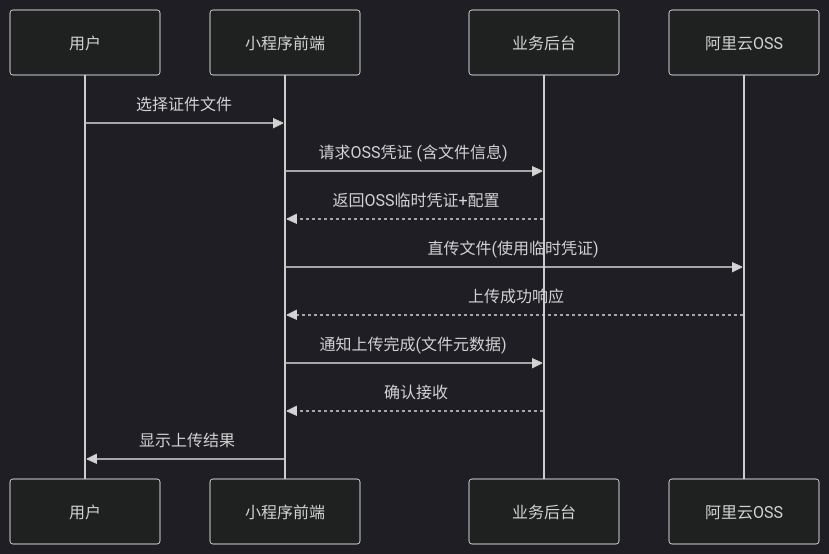
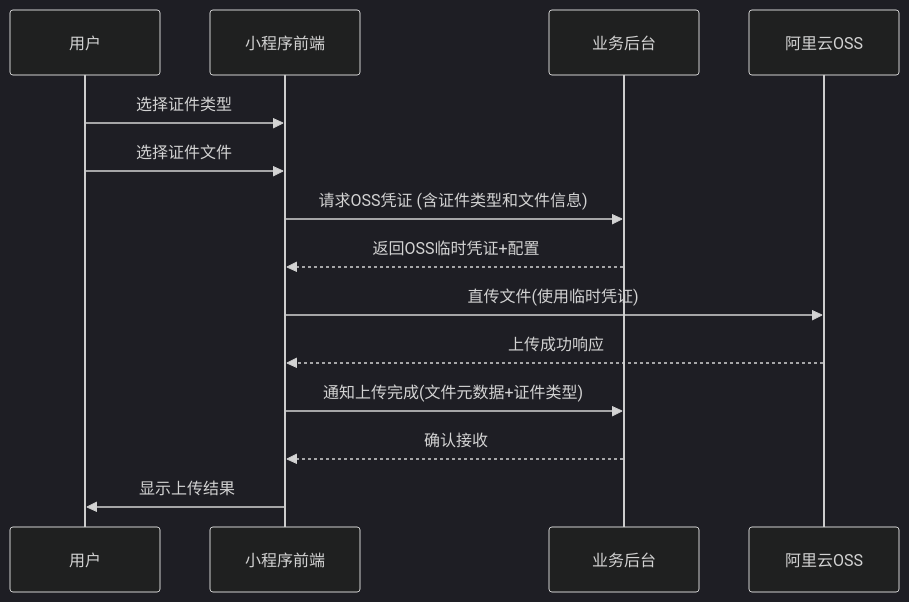
The diagram in 旭钦郢_证件上传_小程序_需求规格说明书.md (YiTang-0110/doc), drawn with Mermaid (dark theme) before and after one commit. The commit also changed other lines of this file, not shown here.

````diff
--- a/旭钦郢_证件上传_小程序_需求规格说明书.md
+++ b/旭钦郢_证件上传_小程序_需求规格说明书.md
@@ -100,16 +116,17 @@
 ```mermaid
 sequenceDiagram
     participant User as 用户
     participant Front as 小程序前端
     participant Back as 业务后台
     participant OSS as 阿里云OSS
 
+    User->>Front: 选择证件类型
     User->>Front: 选择证件文件
-    Front->>Back: 请求OSS凭证 (含文件信息)
+    Front->>Back: 请求OSS凭证 (含证件类型和文件信息)
     Back-->>Front: 返回OSS临时凭证+配置
     Front->>OSS: 直传文件(使用临时凭证)
     OSS-->>Front: 上传成功响应
-    Front->>Back: 通知上传完成(文件元数据)
+    Front->>Back: 通知上传完成(文件元数据+证件类型)
     Back-->>Front: 确认接收
     Front->>User: 显示上传结果
 ```
````
